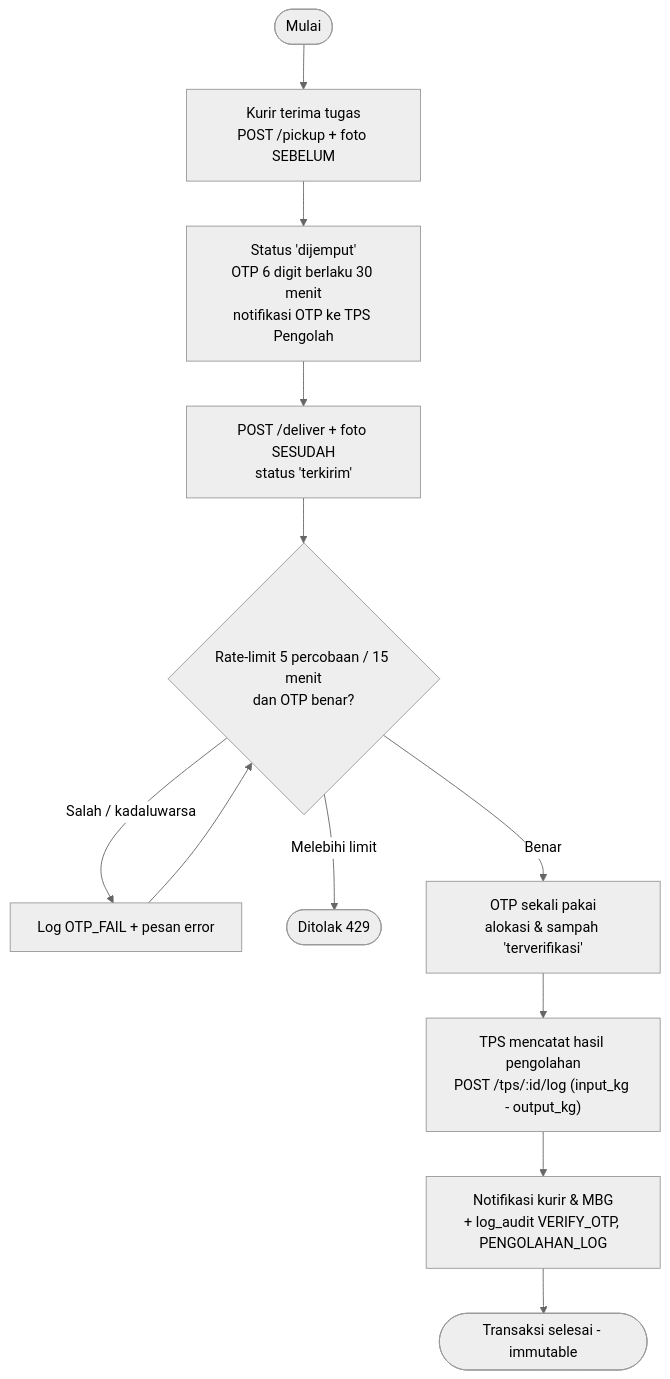
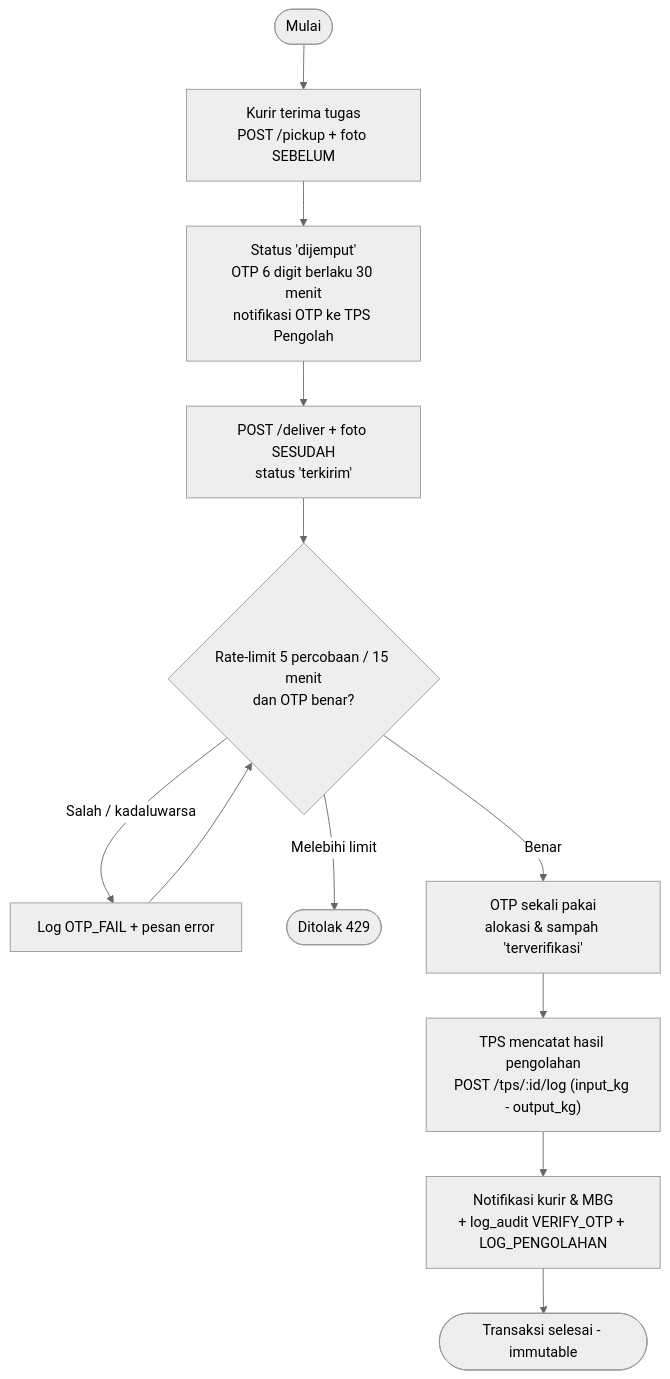
Before and after one commit to naylaaurellia18-web/ecomatch: the fourth of 10 diagrams in docs/arsitektur/Dokumen_Arsitektur_Sistem_EcoMatch_v2.0.md, drawn with Mermaid (neutral theme). The commit also changed other lines of this file and 8 other files, not shown here.

````diff
--- a/docs/arsitektur/Dokumen_Arsitektur_Sistem_EcoMatch_v2.0.md
+++ b/docs/arsitektur/Dokumen_Arsitektur_Sistem_EcoMatch_v2.0.md
@@ -200,14 +200,14 @@
 ```mermaid
 flowchart TD
     Start([Mulai]) --> A["Kurir terima tugas<br/>POST /pickup + foto SEBELUM"]
     A --> B["Status 'dijemput'<br/>OTP 6 digit berlaku 30 menit<br/>notifikasi OTP ke TPS Pengolah"]
     B --> C["POST /deliver + foto SESUDAH<br/>status 'terkirim'"]
     C --> D{"Rate-limit 5 percobaan / 15 menit<br/>dan OTP benar?"}
     D -->|Salah / kadaluwarsa| E["Log OTP_FAIL + pesan error"]
     E --> D
     D -->|Melebihi limit| X([Ditolak 429])
     D -->|Benar| F["OTP sekali pakai<br/>alokasi & sampah 'terverifikasi'"]
     F --> G["TPS mencatat hasil pengolahan<br/>POST /tps/:id/log (input_kg - output_kg)"]
-    G --> H["Notifikasi kurir & MBG<br/>+ log_audit VERIFY_OTP, PENGOLAHAN_LOG"]
+    G --> H["Notifikasi kurir & MBG<br/>+ log_audit VERIFY_OTP + LOG_PENGOLAHAN"]
     H --> L([Transaksi selesai - immutable])
 ```
````
